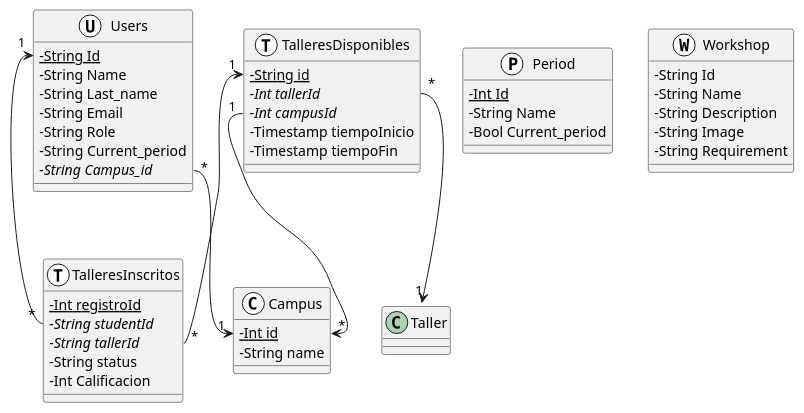
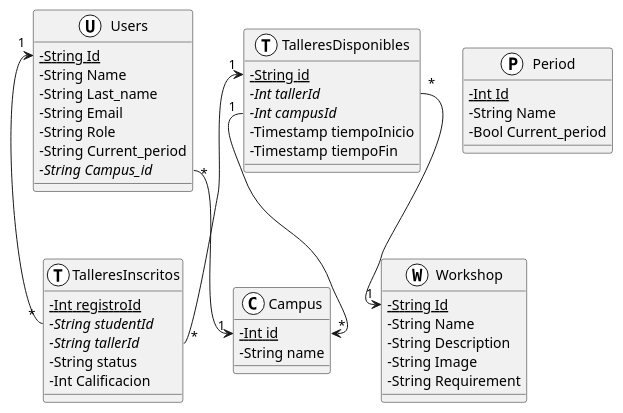
Before and after one commit to facund015/codeRelatedObsidianNotes: the diagram in Reto/Base de datos.md, drawn with PlantUML. The commit also changed 1 other file, not shown here.

Commit message:
vault backup: 2021-12-01 18:10:03

````diff
--- a/Reto/Base de datos.md
+++ b/Reto/Base de datos.md
@@ -2,57 +2,57 @@
 ```plantuml
 @startuml
 skinparam classAttributeIconSize 0
 
 class Users <<(U,white)>> {
 	-{static} String Id
 	-String Name
 	-String Last_name
 	-String Email
 	-String Role
 	-String Current_period
 	{abstract} -String Campus_id
 }
 
 class Campus <<(C,white)>> {
 	{static} -Int id
 	-String name
 }
 
 class Period <<(P,white)>> {
 	{static} -Int Id
 	-String Name
 	-Bool Current_period
 }
 
 class Workshop <<(W,white)>> {
-	-String Id
+	{static} -String Id
 	-String Name
 	-String Description
 	-String Image
 	-String Requirement
 }
 class TalleresDisponibles <<(T, white)>> {
 	{static} -String id
 	{abstract} -Int tallerId
 	{abstract} -Int campusId
 	-Timestamp tiempoInicio
 	-Timestamp tiempoFin
 }
 class TalleresInscritos <<(T,white)>> {
 	{static} -Int registroId 
 	{abstract} -String studentId
 	{abstract} -String tallerId
 	-String status
 	-Int Calificacion
 }
 
 Users::Id "1" <-- "*" TalleresInscritos::studentId
 Users::Campus_id "*" --> "1" Campus::id
 TalleresDisponibles::id "1" <-- "*" TalleresInscritos::tallerId
-TalleresDisponibles::tallerId "*" --> "1" Taller::id
+TalleresDisponibles::tallerId "*" --> "1" Workshop::Id
 TalleresDisponibles::campusId "1" -->  "*" Campus::id
 
 
 
 @enduml
 ```
````
